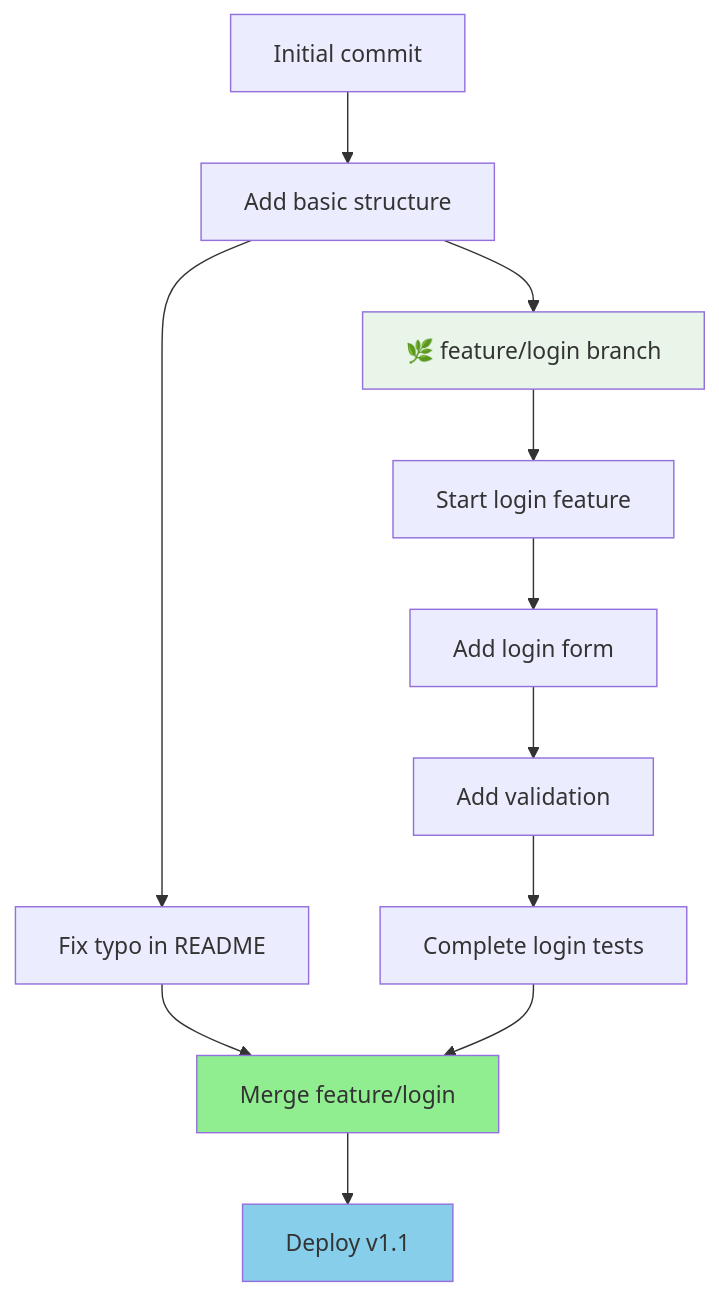
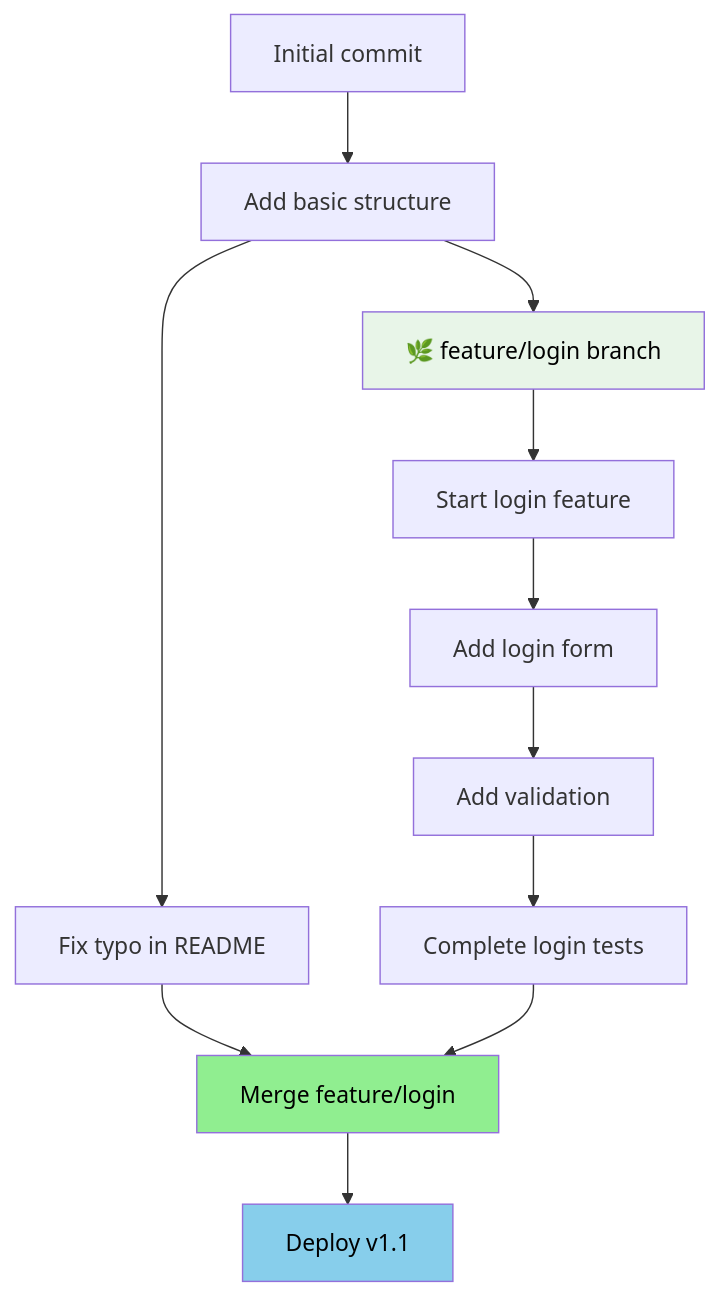
One commit to fightTone/GitBasic changed the third of 11 diagrams in README.md. Above: the diagram before and after it, drawn with Mermaid. The commit also changed other lines of this file, not shown here.

Commit message:
readable diagrams

````diff
--- a/README.md
+++ b/README.md
@@ -191,19 +191,19 @@
 ```mermaid
 graph TD
     A[Initial commit] --> B[Add basic structure]
     B --> C[Fix typo in README]
     
     B --> D[🌿 feature/login branch]
     D --> E[Start login feature]
     E --> F[Add login form]
     F --> G[Add validation]
     G --> H[Complete login tests]
     
     C --> I[Merge feature/login]
     H --> I
     I --> J[Deploy v1.1]
     
-    style D fill:#E8F5E8
-    style I fill:#90EE90
-    style J fill:#87CEEB
+    style D fill:#E8F5E8,color:#000000
+    style I fill:#90EE90,color:#000000
+    style J fill:#87CEEB,color:#000000
 ```
````
